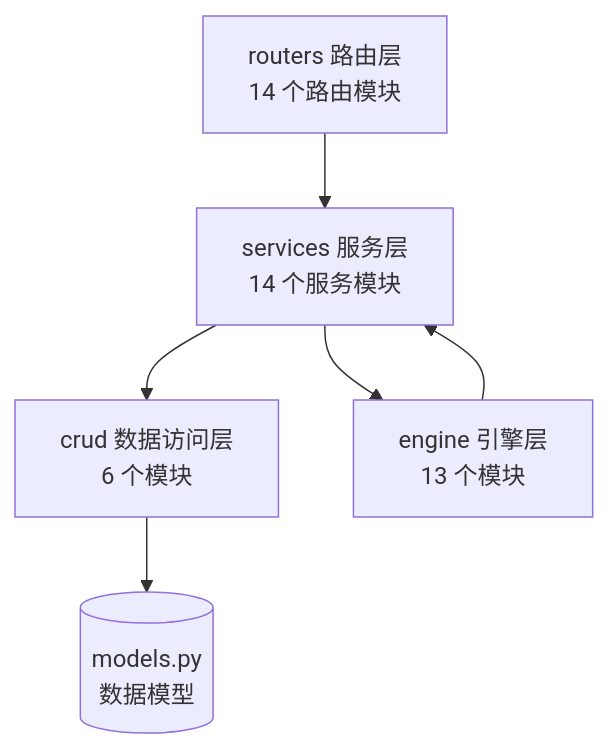
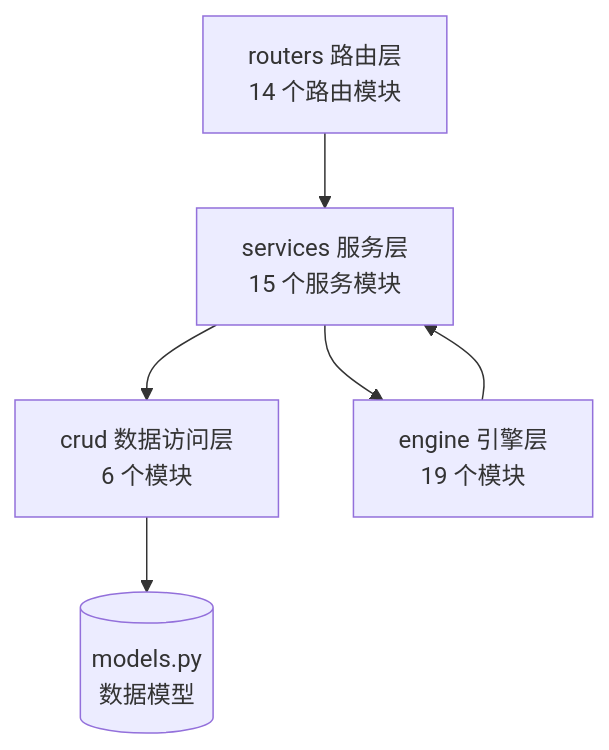
One commit to zl2237/fin-api-test changed the third of 6 diagrams in docs/SYSTEM_DESIGN.md. Above: the diagram before and after it, drawn with Mermaid. The commit also changed other lines of this file and 6 other files, not shown here.

````diff
--- a/docs/SYSTEM_DESIGN.md
+++ b/docs/SYSTEM_DESIGN.md
@@ -197,8 +197,8 @@
 ```mermaid
 flowchart TB
-    ROUTERS[routers 路由层<br/>14 个路由模块] --> SERVICES[services 服务层<br/>14 个服务模块]
+    ROUTERS[routers 路由层<br/>14 个路由模块] --> SERVICES[services 服务层<br/>15 个服务模块]
     SERVICES --> CRUD[crud 数据访问层<br/>6 个模块]
-    SERVICES --> ENGINE[engine 引擎层<br/>13 个模块]
+    SERVICES --> ENGINE[engine 引擎层<br/>19 个模块]
     CRUD --> MODELS[(models.py<br/>数据模型)]
     ENGINE --> SERVICES
 ```
````
